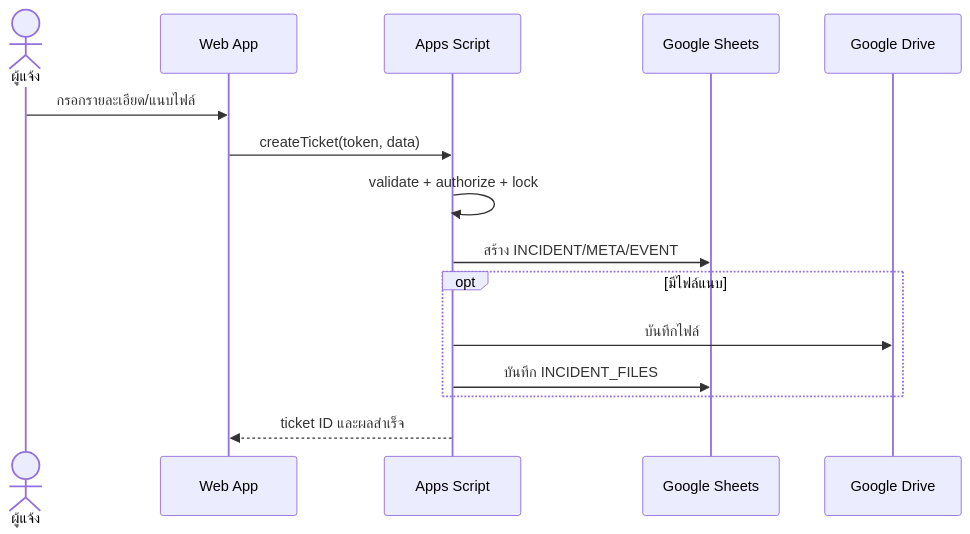
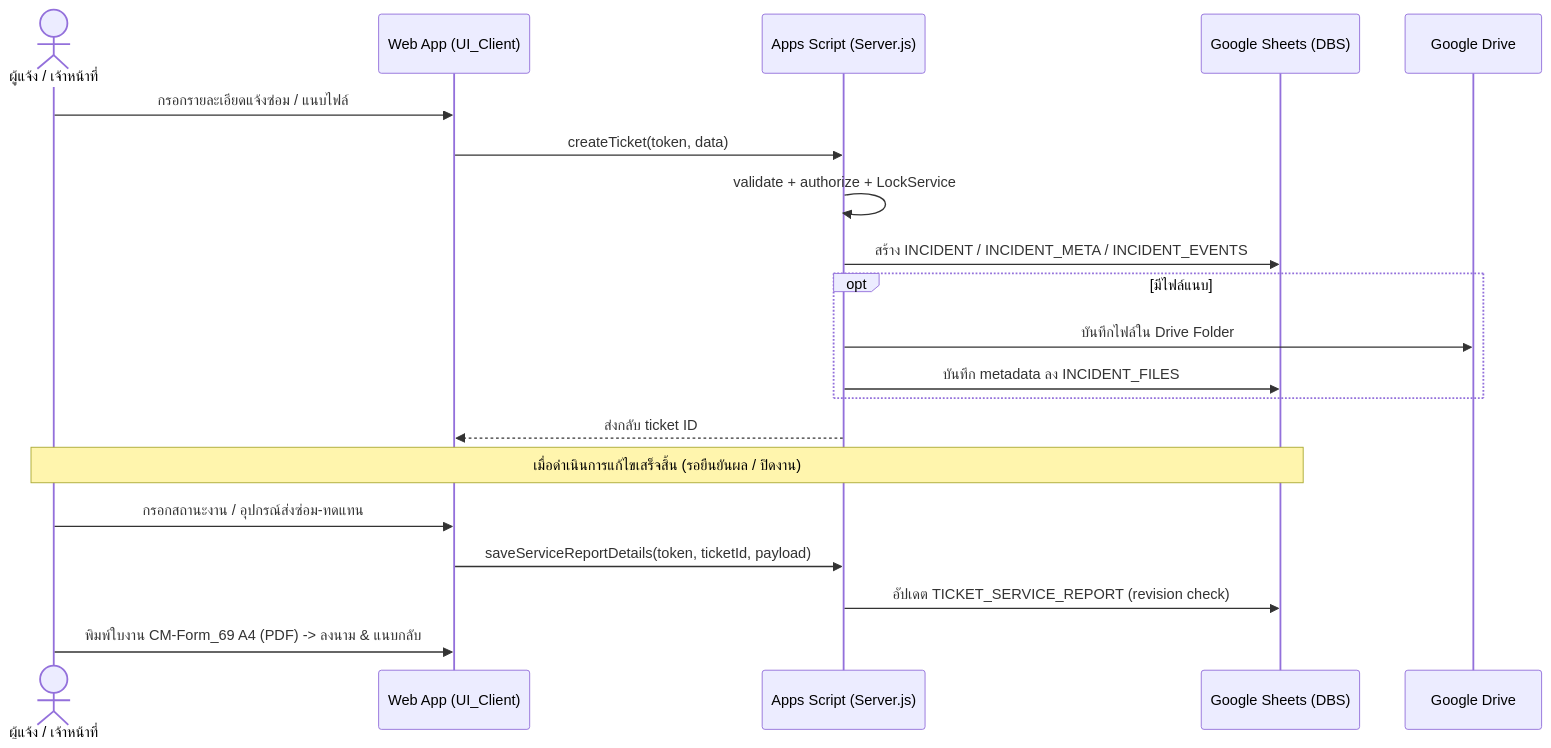
The second of 8 diagrams in WORKFLOW.md (thakot-cloud/ITServiceDesk), drawn with Mermaid before and after one commit. The commit also changed other lines of this file and 5 other files, not shown here.

Commit message:
docs: complete manuals, recommendations, workflow, and webapp diagrams

````diff
--- a/WORKFLOW.md
+++ b/WORKFLOW.md
@@ -16,17 +19,24 @@
 ```mermaid
 sequenceDiagram
-  actor U as ผู้แจ้ง
-  participant W as Web App
-  participant S as Apps Script
-  participant DB as Google Sheets
+  actor U as ผู้แจ้ง / เจ้าหน้าที่
+  participant W as Web App (UI_Client)
+  participant S as Apps Script (Server.js)
+  participant DB as Google Sheets (DBS)
   participant D as Google Drive
-  U->>W: กรอกรายละเอียด/แนบไฟล์
+
+  U->>W: กรอกรายละเอียดแจ้งซ่อม / แนบไฟล์
   W->>S: createTicket(token, data)
-  S->>S: validate + authorize + lock
-  S->>DB: สร้าง INCIDENT/META/EVENT
+  S->>S: validate + authorize + LockService
+  S->>DB: สร้าง INCIDENT / INCIDENT_META / INCIDENT_EVENTS
   opt มีไฟล์แนบ
-    S->>D: บันทึกไฟล์
-    S->>DB: บันทึก INCIDENT_FILES
+    S->>D: บันทึกไฟล์ใน Drive Folder
+    S->>DB: บันทึก metadata ลง INCIDENT_FILES
   end
-  S-->>W: ticket ID และผลสำเร็จ
+  S-->>W: ส่งกลับ ticket ID
+
+  Note over U,DB: เมื่อดำเนินการแก้ไขเสร็จสิ้น (รอยืนยันผล / ปิดงาน)
+  U->>W: กรอกสถานะงาน / อุปกรณ์ส่งซ่อม-ทดแทน
+  W->>S: saveServiceReportDetails(token, ticketId, payload)
+  S->>DB: อัปเดต TICKET_SERVICE_REPORT (revision check)
+  U->>W: พิมพ์ใบงาน CM-Form_69 A4 (PDF) -> ลงนาม & แนบกลับ
 ```
````
